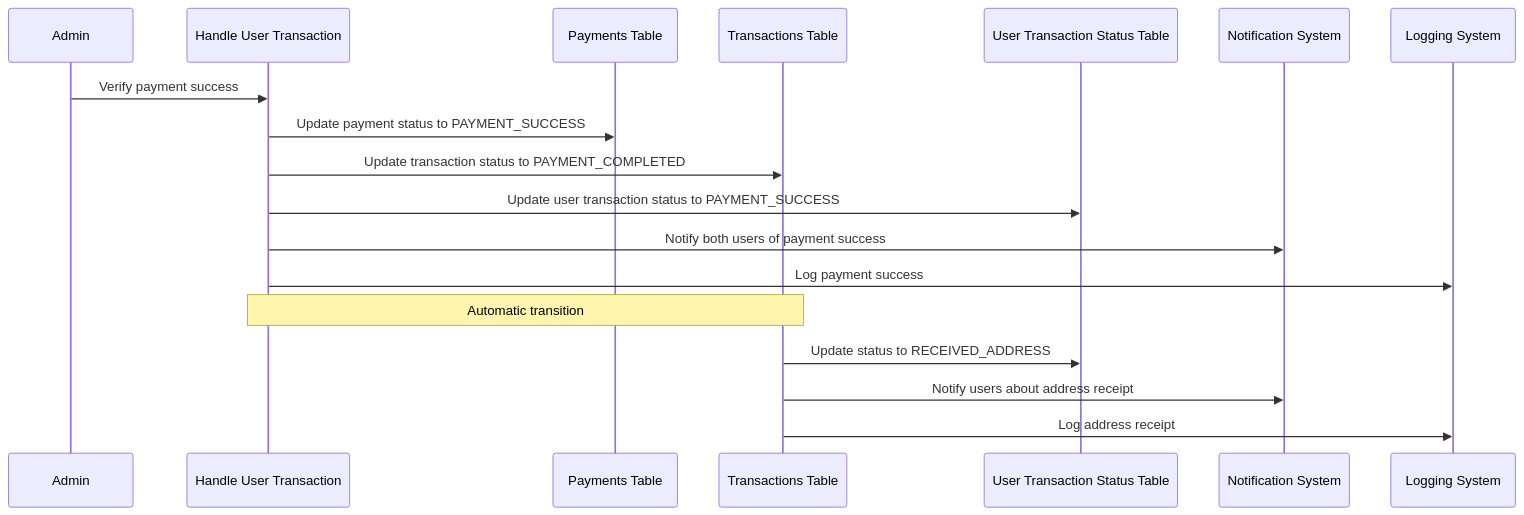
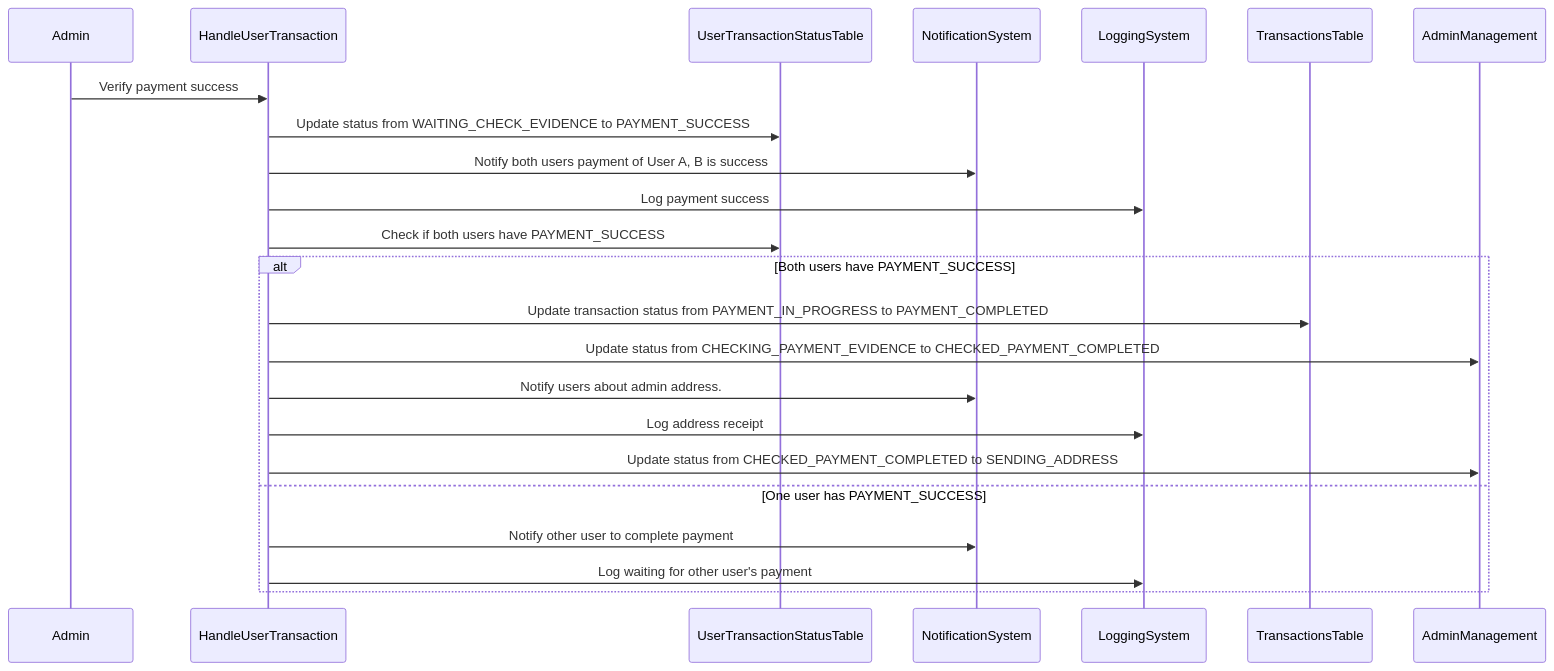
Before and after one commit to Loknong/book-exchange: the fifth of 11 diagrams in documents/Exchange.flow.md, drawn with Mermaid. The commit also changed other lines of this file and 1 other file, not shown here.

Commit message:
complete exchange api

````diff
--- a/documents/Exchange.flow.md
+++ b/documents/Exchange.flow.md
@@ -181,22 +184,27 @@
 ```mermaid
 sequenceDiagram
-    participant Admin
-    participant HandleUserTransaction as Handle User Transaction
-    participant PaymentsTable as Payments Table
-    participant TransactionsTable as Transactions Table
-    participant UserTransactionStatusTable as User Transaction Status Table
-    participant NotificationSystem as Notification System
-    participant LoggingSystem as Logging System
-
+    %% participant Admin
+    %% participant HandleUserTransaction as Handle User Transaction
+    %% participant PaymentsTable as Payments Table
+    %% participant TransactionsTable as Transactions Table
+    %% participant UserTransactionStatusTable as User Transaction Status Table
+    %% participant NotificationSystem as Notification System
+    %% participant LoggingSystem as Logging System
     Admin->>HandleUserTransaction: Verify payment success
-    HandleUserTransaction->>PaymentsTable: Update payment status to PAYMENT_SUCCESS
-    HandleUserTransaction->>TransactionsTable: Update transaction status to PAYMENT_COMPLETED
-    HandleUserTransaction->>UserTransactionStatusTable: Update user transaction status to PAYMENT_SUCCESS
-    HandleUserTransaction->>NotificationSystem: Notify both users of payment success
+    HandleUserTransaction->>UserTransactionStatusTable: Update status from WAITING_CHECK_EVIDENCE to PAYMENT_SUCCESS
+    HandleUserTransaction->>NotificationSystem: Notify both users payment of User A, B is success
     HandleUserTransaction->>LoggingSystem: Log payment success
 
-    note over HandleUserTransaction, TransactionsTable: Automatic transition
-    TransactionsTable->>UserTransactionStatusTable: Update status to RECEIVED_ADDRESS
-    TransactionsTable->>NotificationSystem: Notify users about address receipt
-    TransactionsTable->>LoggingSystem: Log address receipt
+    HandleUserTransaction->>UserTransactionStatusTable: Check if both users have PAYMENT_SUCCESS
+    alt Both users have PAYMENT_SUCCESS
+        HandleUserTransaction->>TransactionsTable: Update transaction status from PAYMENT_IN_PROGRESS to PAYMENT_COMPLETED
+        HandleUserTransaction->>AdminManagement: Update status from CHECKING_PAYMENT_EVIDENCE to CHECKED_PAYMENT_COMPLETED
+        HandleUserTransaction->>NotificationSystem: Notify users about admin address.
+        HandleUserTransaction->>LoggingSystem: Log address receipt
+        %% HandleUserTransaction->>TransactionsTable: Update status from PAYMENT_COMPLETED to ADDRESS_SENT
+        HandleUserTransaction->>AdminManagement: Update status from CHECKED_PAYMENT_COMPLETED to SENDING_ADDRESS
+    else One user has PAYMENT_SUCCESS
+        HandleUserTransaction->>NotificationSystem: Notify other user to complete payment
+        HandleUserTransaction->>LoggingSystem: Log waiting for other user's payment
+    end
 ```
````
